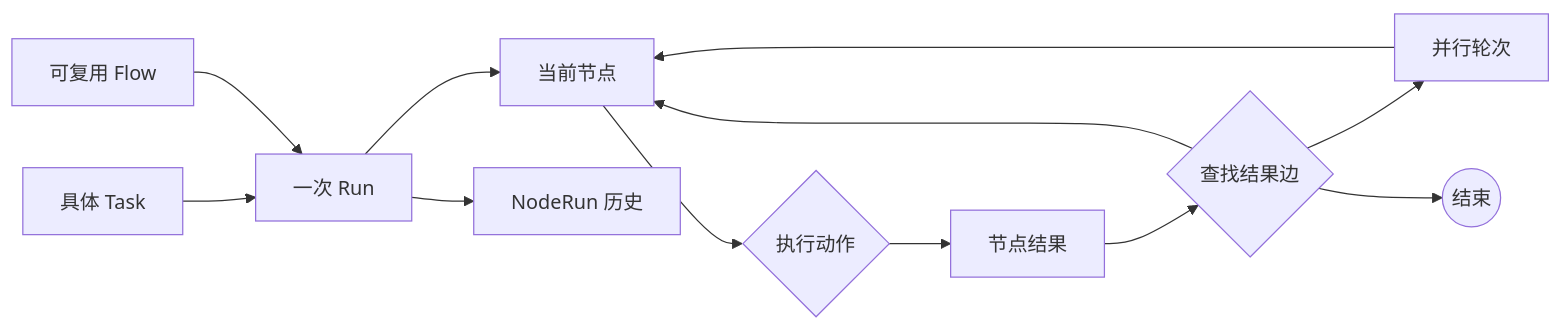
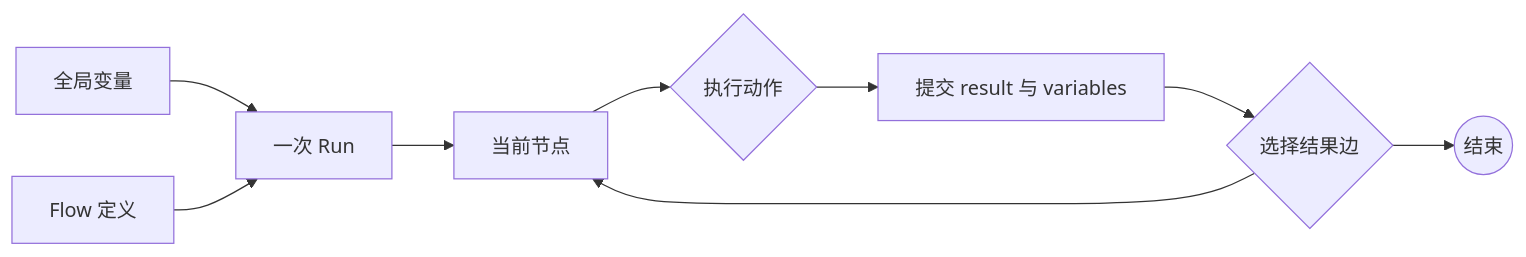
Before and after one commit to JhihJian/Agent-Flow-Runtime: the diagram in docs/agent-flow-runtime-design.md, drawn with Mermaid. The commit also changed other lines of this file and 48 other files, not shown here.

Commit message:
完善 Flow 运行时变量上下文与发布验证

````diff
--- a/docs/agent-flow-runtime-design.md
+++ b/docs/agent-flow-runtime-design.md
@@ -24,14 +18,11 @@
 ```mermaid
 flowchart LR
-  task[具体 Task] --> run[一次 Run]
-  flow[可复用 Flow] --> run
+  vars[全局变量] --> run[一次 Run]
+  flow[Flow 定义] --> run
   run --> node[当前节点]
   node --> action{执行动作}
-  action --> outcome[节点结果]
-  outcome --> route{查找结果边}
+  action --> submit[提交 result 与 variables]
+  submit --> route{选择结果边}
   route --> node
-  route --> parallel[并行轮次]
-  parallel --> node
   route --> finish((结束))
-  run --> history[NodeRun 历史]
 ```
````
